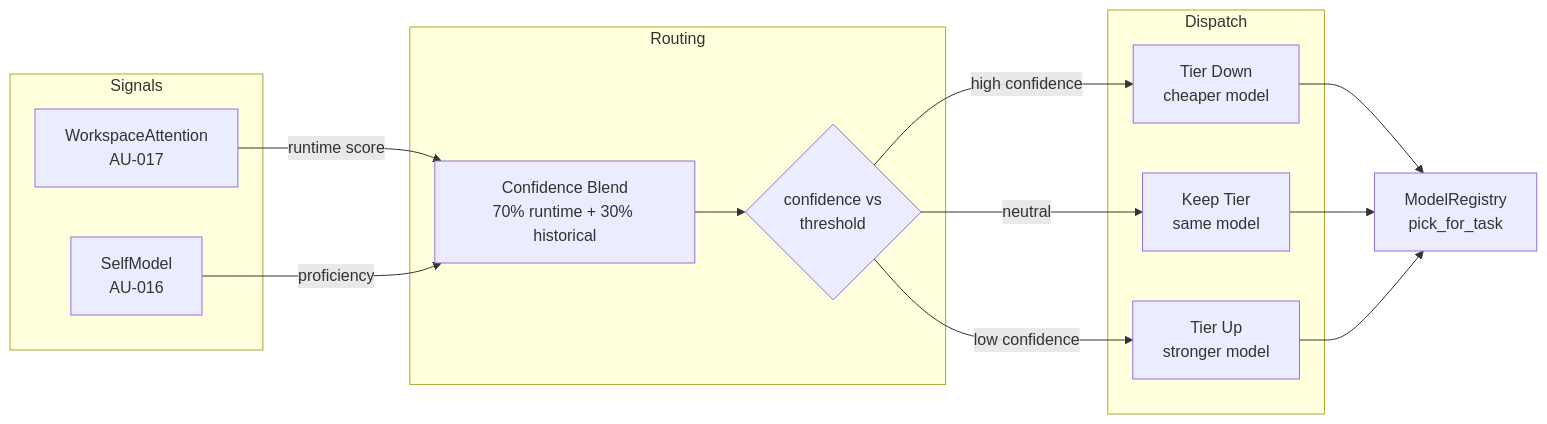
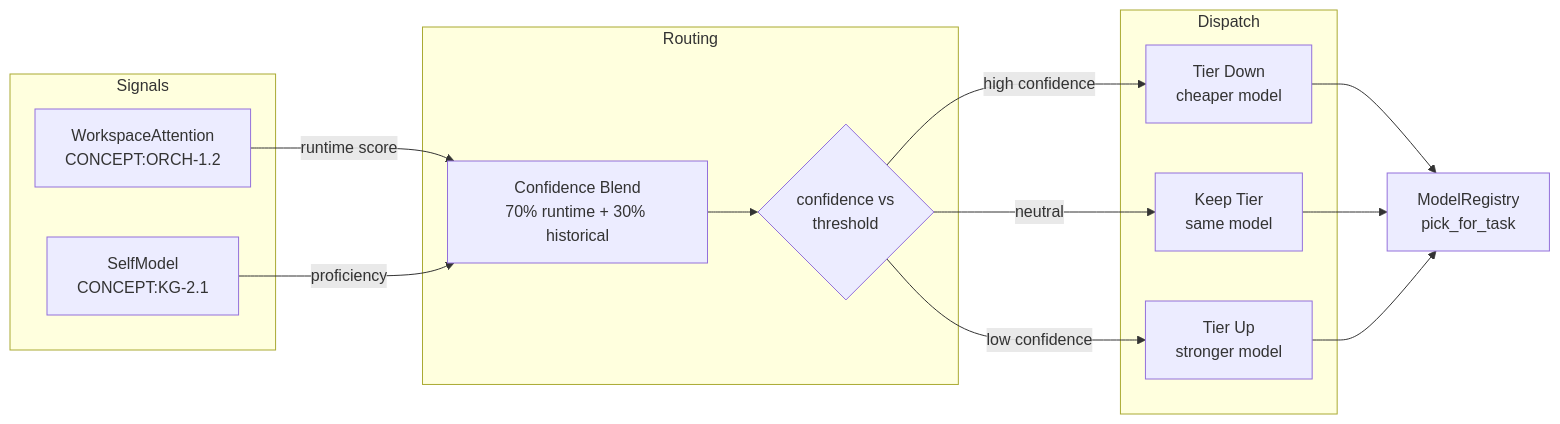
The first of 3 diagrams in docs/squeeze-evolve-routing.md (Knuckles-Team/agent-utilities), drawn with Mermaid before and after one commit. The commit also changed other lines of this file and 183 other files, not shown here.

````diff
--- a/docs/squeeze-evolve-routing.md
+++ b/docs/squeeze-evolve-routing.md
@@ -35,23 +35,23 @@
 ```mermaid
 flowchart LR
     subgraph Signals
-        WA[WorkspaceAttention<br/>AU-017]
-        SM[SelfModel<br/>AU-016]
+        WA[WorkspaceAttention<br/>CONCEPT:ORCH-1.2]
+        SM[SelfModel<br/>CONCEPT:KG-2.1]
     end
 
     subgraph Routing
         WA -->|runtime score| BLEND[Confidence Blend<br/>70% runtime + 30% historical]
         SM -->|proficiency| BLEND
         BLEND --> GATE{confidence vs<br/>threshold}
     end
 
     subgraph Dispatch
         GATE -->|high confidence| DOWN[Tier Down<br/>cheaper model]
         GATE -->|neutral| KEEP[Keep Tier<br/>same model]
         GATE -->|low confidence| UP[Tier Up<br/>stronger model]
     end
 
     DOWN --> REG[ModelRegistry<br/>pick_for_task]
     KEEP --> REG
     UP --> REG
 ```
````
